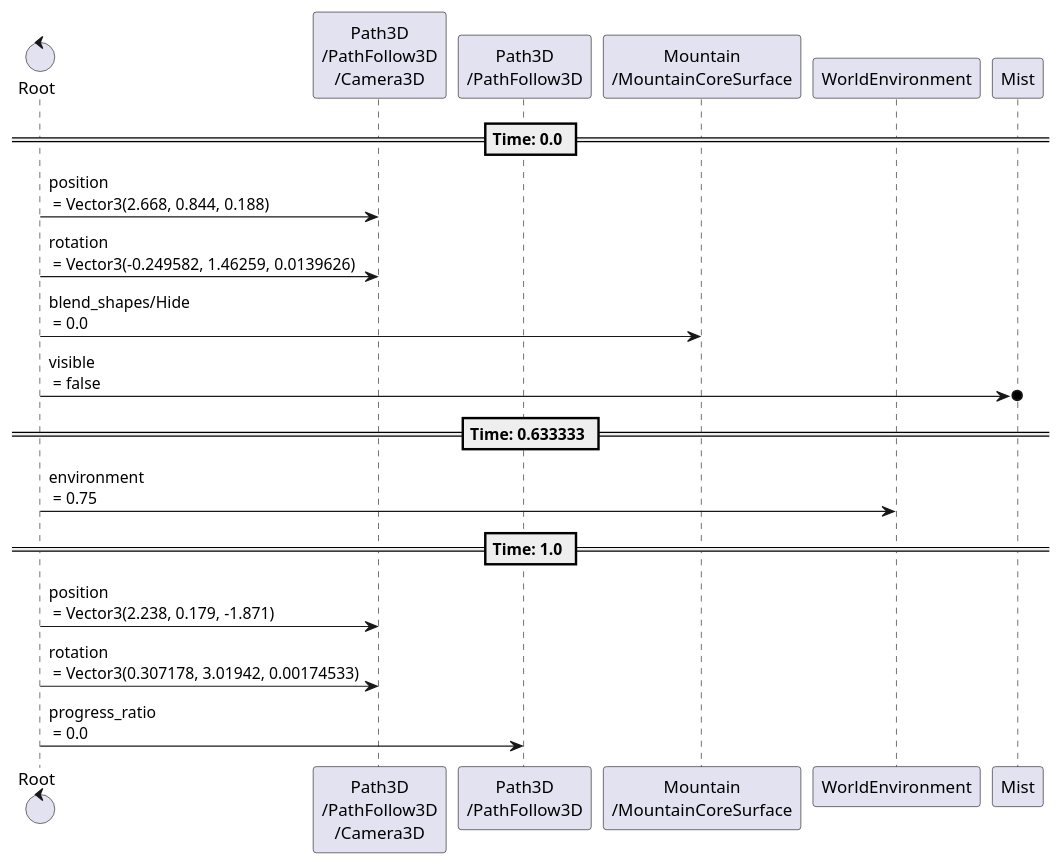
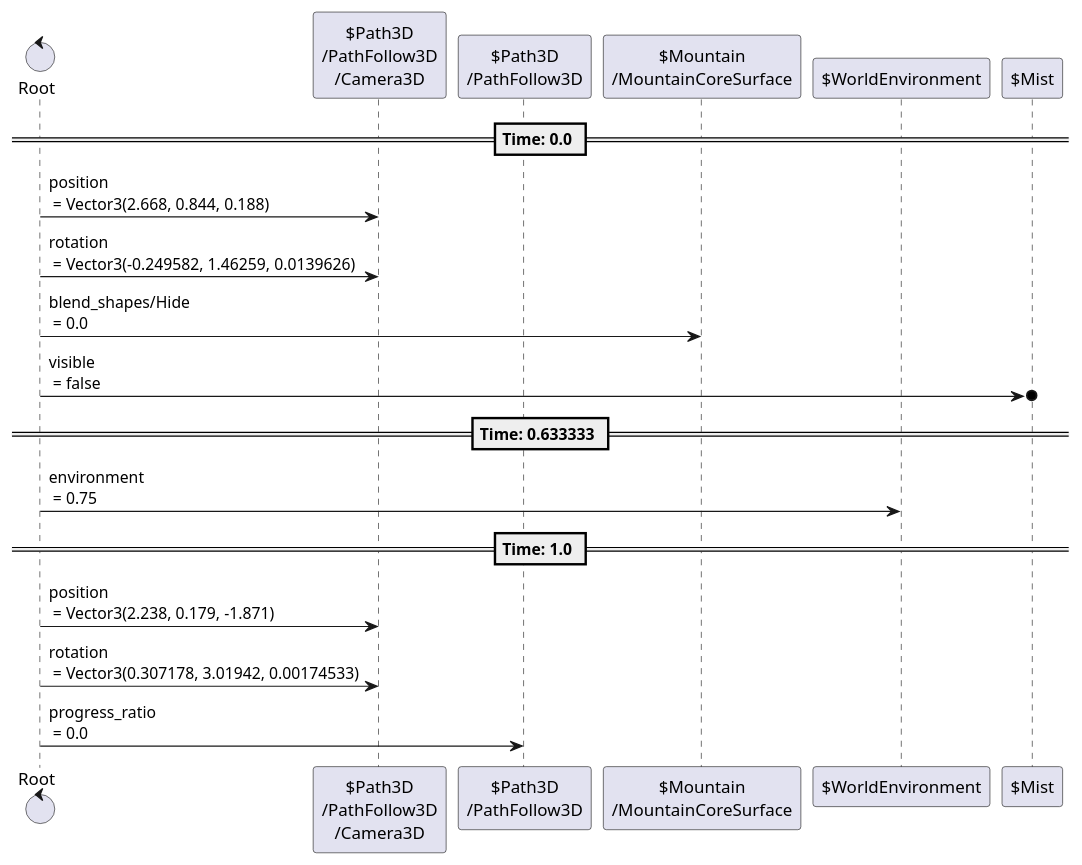
Diagram 12 of 23 in content/scenes/src/world/world.tscn.adoc (tkmfujise/Platformer-Game-Learning), drawn with PlantUML before and after one commit. The commit also changed other lines of this file and 31 other files, not shown here.

Commit message:
Add prefix $ to node name in animation sequences

```diff
--- a/content/scenes/src/world/world.tscn.adoc
+++ b/content/scenes/src/world/world.tscn.adoc
@@ -390,25 +390,25 @@
 [plantuml]
 ....
-control "Root" as Root
-participant "Path3D\n/PathFollow3D\n/Camera3D" as T0
-participant "Path3D\n/PathFollow3D" as T2
-participant "Mountain\n/MountainCoreSurface" as T3
-participant "WorldEnvironment" as T4
-participant "Mist" as T5
+control "Root" as R
+participant "$Path3D\n/PathFollow3D\n/Camera3D" as T0
+participant "$Path3D\n/PathFollow3D" as T2
+participant "$Mountain\n/MountainCoreSurface" as T3
+participant "$WorldEnvironment" as T4
+participant "$Mist" as T5
 
 
 
 == Time: 0.0 ==
-Root  ->  T0 : position\n = Vector3(2.668, 0.844, 0.188)
-Root  ->  T0 : rotation\n = Vector3(-0.249582, 1.46259, 0.0139626)
-Root  ->  T3 : blend_shapes/Hide\n = 0.0
-Root  ->o  T5 : visible\n = false
+R  ->  T0 : position\n = Vector3(2.668, 0.844, 0.188)
+R  ->  T0 : rotation\n = Vector3(-0.249582, 1.46259, 0.0139626)
+R  ->  T3 : blend_shapes/Hide\n = 0.0
+R  ->o  T5 : visible\n = false
 == Time: 0.633333 ==
-Root  ->  T4 : environment\n = 0.75
+R  ->  T4 : environment\n = 0.75
 == Time: 1.0 ==
-Root  ->  T0 : position\n = Vector3(2.238, 0.179, -1.871)
-Root  ->  T0 : rotation\n = Vector3(0.307178, 3.01942, 0.00174533)
-Root  ->  T2 : progress_ratio\n = 0.0
+R  ->  T0 : position\n = Vector3(2.238, 0.179, -1.871)
+R  ->  T0 : rotation\n = Vector3(0.307178, 3.01942, 0.00174533)
+R  ->  T2 : progress_ratio\n = 0.0
 
 
 ....
```
